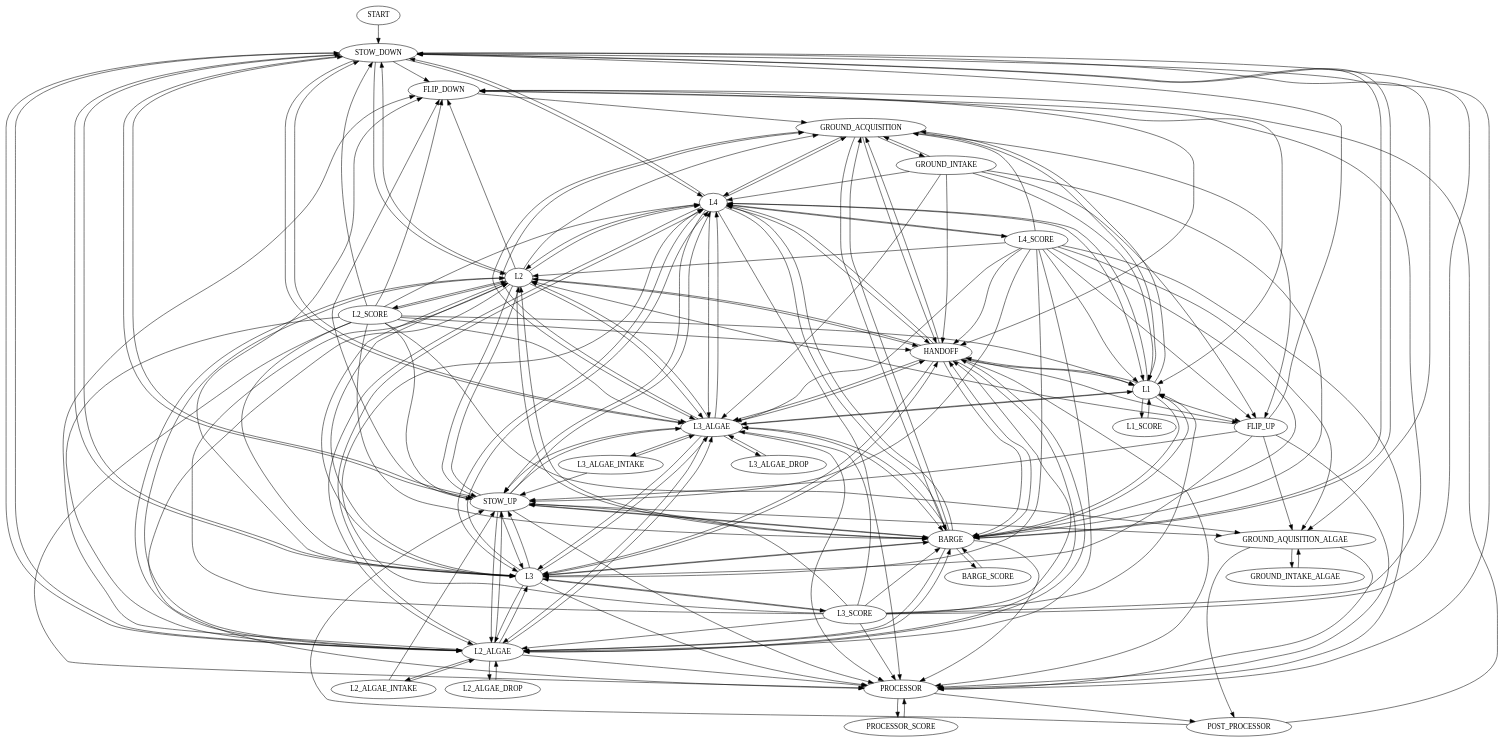
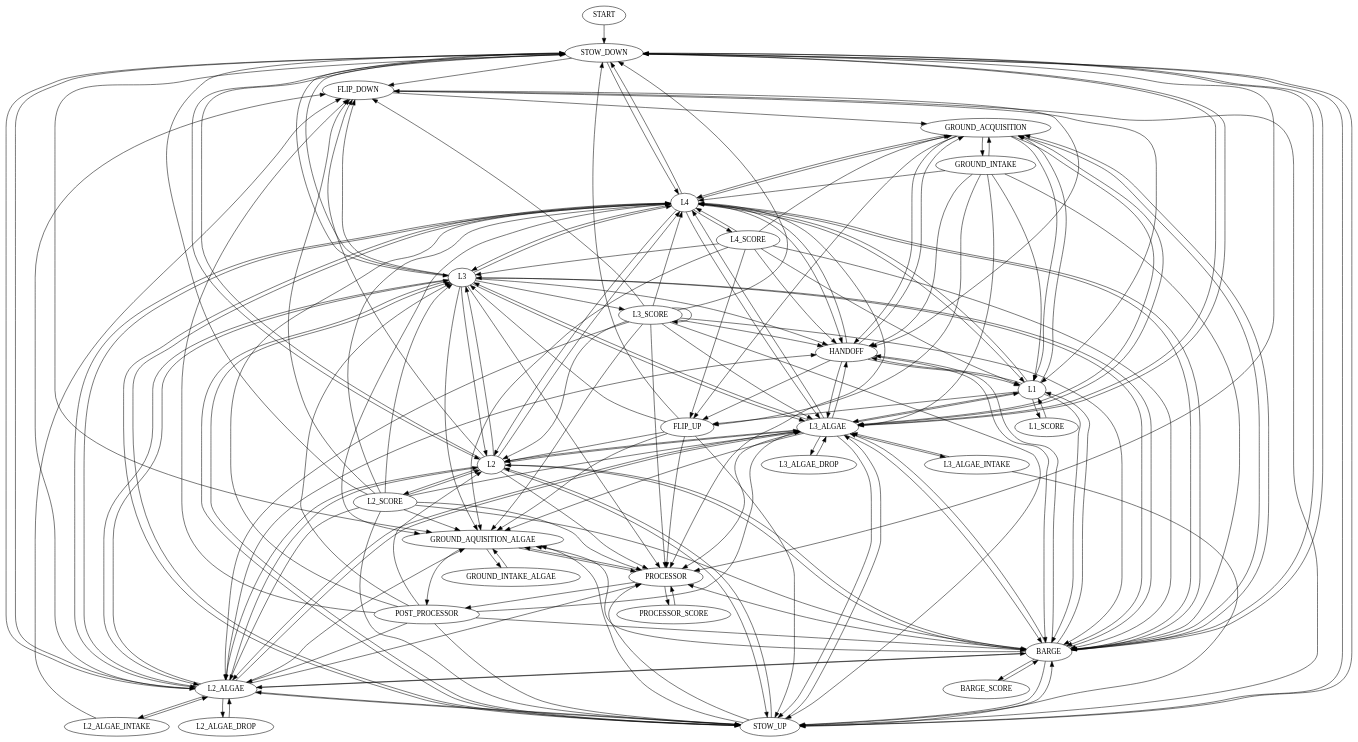
Before and after one commit to Team-190/2k25-Robot-Code: the diagram in src/main/deploy/Superstructure.dot, drawn with Graphviz. The commit also changed 1 other file, not shown here.

```diff
--- a/src/main/deploy/Superstructure.dot
+++ b/src/main/deploy/Superstructure.dot
@@ -37,12 +37,10 @@
   L1 -> BARGE [type=UNCONSTRAINED]
 
   L2 -> STOW_DOWN [type=UNCONSTRAINED]
-  L2 -> GROUND_ACQUISITION [type=UNCONSTRAINED]
   L2 -> FLIP_DOWN [type=UNCONSTRAINED]
   L2 -> L3 [type=UNCONSTRAINED]
   L2 -> L4 [type=UNCONSTRAINED]
   L2 -> L2_SCORE [type=UNCONSTRAINED]
-  L2 -> HANDOFF [type=UNCONSTRAINED]
   L2 -> STOW_UP [type=UNCONSTRAINED]
   L2 -> L2_ALGAE [type=UNCONSTRAINED]
   L2 -> L3_ALGAE [type=UNCONSTRAINED]
@@ -60,6 +58,7 @@
   L3 -> L3_ALGAE [type=UNCONSTRAINED]
   L3 -> PROCESSOR [type=UNCONSTRAINED]
   L3 -> BARGE [type=UNCONSTRAINED]
+  L3 -> GROUND_AQUISITION_ALGAE [type=UNCONSTRAINED]
 
   L4 -> STOW_DOWN [type=UNCONSTRAINED]
   L4 -> GROUND_ACQUISITION [type=UNCONSTRAINED]
@@ -73,16 +72,15 @@
   L4 -> L3_ALGAE [type=UNCONSTRAINED]
   L4 -> PROCESSOR [type=UNCONSTRAINED]
   L4 -> BARGE [type=UNCONSTRAINED]
+  L4 -> GROUND_AQUISITION_ALGAE [type=UNCONSTRAINED]
 
   L1_SCORE -> L1 [type=UNCONSTRAINED]
 
   L2_SCORE -> STOW_DOWN [type=UNCONSTRAINED]
   L2_SCORE -> FLIP_DOWN [type=UNCONSTRAINED]
-  L2_SCORE -> L1 [type=UNCONSTRAINED]
   L2_SCORE -> L2 [type=UNCONSTRAINED]
   L2_SCORE -> L3 [type=UNCONSTRAINED]
   L2_SCORE -> L4 [type=UNCONSTRAINED]
-  L2_SCORE -> HANDOFF [type=UNCONSTRAINED]
   L2_SCORE -> STOW_UP [type=UNCONSTRAINED]
   L2_SCORE -> L2_ALGAE [type=UNCONSTRAINED]
   L2_SCORE -> L3_ALGAE [type=UNCONSTRAINED]
@@ -91,39 +89,30 @@
 
   L3_SCORE -> STOW_DOWN [type=UNCONSTRAINED]
   L3_SCORE -> FLIP_DOWN [type=UNCONSTRAINED]
-  L3_SCORE -> L1 [type=UNCONSTRAINED]
   L3_SCORE -> L2 [type=UNCONSTRAINED]
-  L3_SCORE -> L3 [type=UNCONSTRAINED]
   L3_SCORE -> L4 [type=UNCONSTRAINED]
+  L3_SCORE -> L3_SCORE [type=UNCONSTRAINED]
   L3_SCORE -> HANDOFF [type=UNCONSTRAINED]
   L3_SCORE -> STOW_UP [type=UNCONSTRAINED]
   L3_SCORE -> L2_ALGAE [type=UNCONSTRAINED]
   L3_SCORE -> L3_ALGAE [type=UNCONSTRAINED]
   L3_SCORE -> PROCESSOR [type=UNCONSTRAINED]
   L3_SCORE -> BARGE [type=UNCONSTRAINED]
+  L3_SCORE -> GROUND_AQUISITION_ALGAE [type=UNCONSTRAINED]
 
   L4_SCORE -> FLIP_UP [type=UNCONSTRAINED]
   L4_SCORE -> GROUND_ACQUISITION [type=UNCONSTRAINED]
   L4_SCORE -> L1 [type=UNCONSTRAINED]
-  L4_SCORE -> L2 [type=UNCONSTRAINED]
   L4_SCORE -> L3 [type=UNCONSTRAINED]
   L4_SCORE -> L4 [type=UNCONSTRAINED]
   L4_SCORE -> HANDOFF [type=UNCONSTRAINED]
-  L4_SCORE -> STOW_UP [type=UNCONSTRAINED]
-  L4_SCORE -> L2_ALGAE [type=UNCONSTRAINED]
-  L4_SCORE -> L3_ALGAE [type=UNCONSTRAINED]
-  L4_SCORE -> PROCESSOR [type=UNCONSTRAINED]
   L4_SCORE -> BARGE [type=UNCONSTRAINED]
 
   HANDOFF -> FLIP_UP [type=UNCONSTRAINED]
   HANDOFF -> GROUND_ACQUISITION [type=UNCONSTRAINED]
   HANDOFF -> L1 [type=UNCONSTRAINED]
-  HANDOFF -> L2 [type=UNCONSTRAINED]
-  HANDOFF -> L3 [type=UNCONSTRAINED]
   HANDOFF -> L4 [type=UNCONSTRAINED]
-  HANDOFF -> L2_ALGAE [type=UNCONSTRAINED]
   HANDOFF -> L3_ALGAE [type=UNCONSTRAINED]
-  HANDOFF -> PROCESSOR [type=UNCONSTRAINED]
   HANDOFF -> BARGE [type=UNCONSTRAINED]
 
   STOW_UP -> STOW_DOWN [type=UNCONSTRAINED]
@@ -149,10 +138,11 @@
   L2_ALGAE -> PROCESSOR [type=UNCONSTRAINED]
   L2_ALGAE -> BARGE [type=UNCONSTRAINED]
   L2_ALGAE -> L2_ALGAE_DROP
+  L2_ALGAE -> GROUND_AQUISITION_ALGAE [type=UNCONSTRAINED]
 
   L2_ALGAE_DROP -> L2_ALGAE
 
-  L2_ALGAE_INTAKE -> STOW_UP [type=UNCONSTRAINED]
+  L2_ALGAE_INTAKE -> FLIP_DOWN [type=UNCONSTRAINED]
   L2_ALGAE_INTAKE -> L2_ALGAE [type=UNCONSTRAINED]
 
   L3_ALGAE -> STOW_DOWN [type = NO_ALGAE]
@@ -168,6 +158,7 @@
   L3_ALGAE -> PROCESSOR [type=UNCONSTRAINED]
   L3_ALGAE -> BARGE [type=UNCONSTRAINED]
   L3_ALGAE -> L3_ALGAE_DROP
+  L3_ALGAE -> GROUND_AQUISITION_ALGAE [type=UNCONSTRAINED]
 
   L3_ALGAE_DROP -> L3_ALGAE
 
@@ -176,6 +167,7 @@
 
   PROCESSOR -> POST_PROCESSOR [type = NO_ALGAE]
   PROCESSOR -> PROCESSOR_SCORE [type=UNCONSTRAINED]
+  PROCESSOR -> GROUND_AQUISITION_ALGAE [type=UNCONSTRAINED]
 
   PROCESSOR_SCORE -> PROCESSOR [type=UNCONSTRAINED]
 
@@ -191,6 +183,7 @@
   BARGE -> L3_ALGAE [type=UNCONSTRAINED]
   BARGE -> PROCESSOR [type=UNCONSTRAINED]
   BARGE -> BARGE_SCORE [type=UNCONSTRAINED]
+  BARGE -> GROUND_AQUISITION_ALGAE [type=UNCONSTRAINED]
   
   BARGE_SCORE -> BARGE [type=UNCONSTRAINED]
 
@@ -216,4 +209,10 @@
 
   POST_PROCESSOR -> FLIP_DOWN [type = NO_ALGAE]
   POST_PROCESSOR -> STOW_UP [type = UNCONSTRAINED]
+  POST_PROCESSOR -> L2_ALGAE [type = UNCONSTRAINED]
+  POST_PROCESSOR -> L3_ALGAE [type = UNCONSTRAINED]
+  POST_PROCESSOR -> L2 [type = UNCONSTRAINED]
+  POST_PROCESSOR -> L3 [type = UNCONSTRAINED]
+  POST_PROCESSOR -> L4 [type = UNCONSTRAINED]
+  POST_PROCESSOR -> BARGE [type = UNCONSTRAINED]
 }
```
